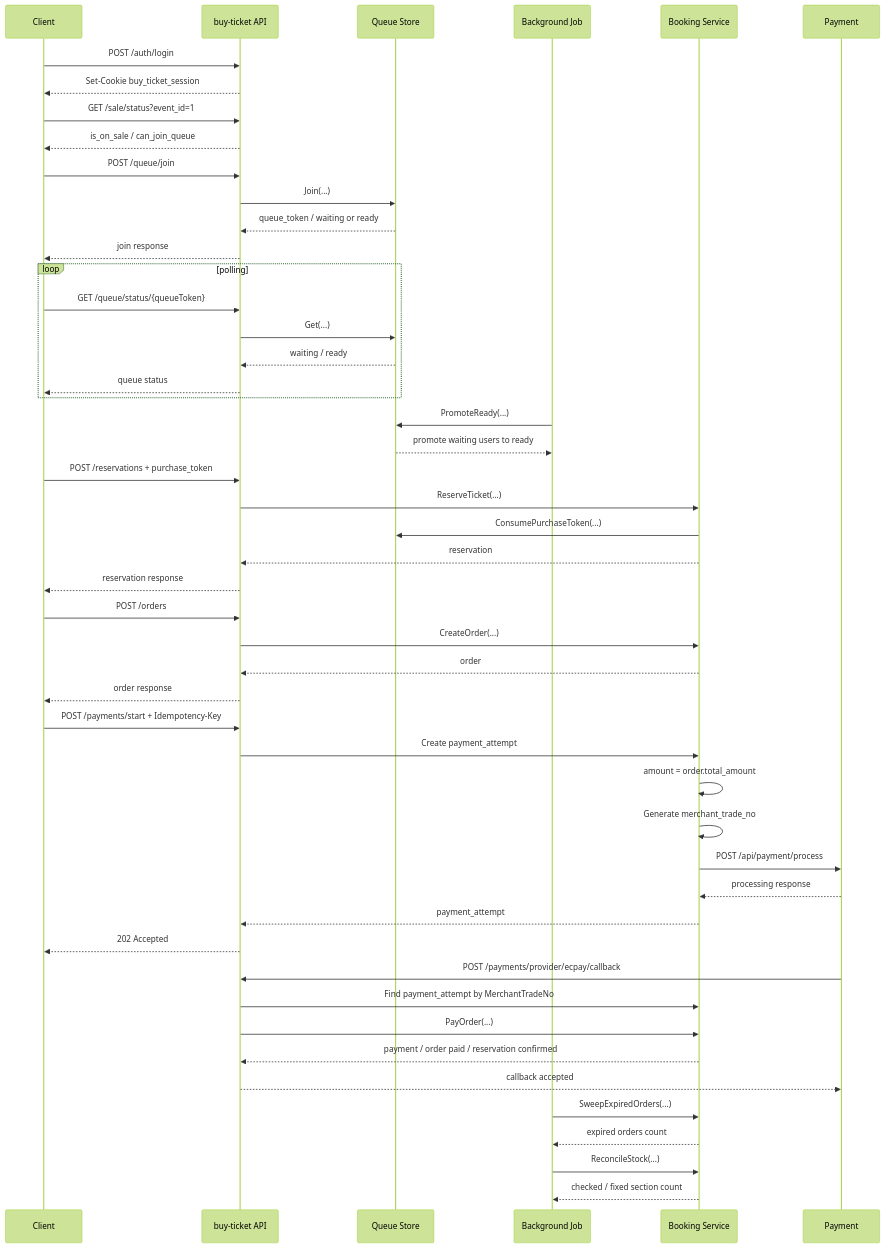
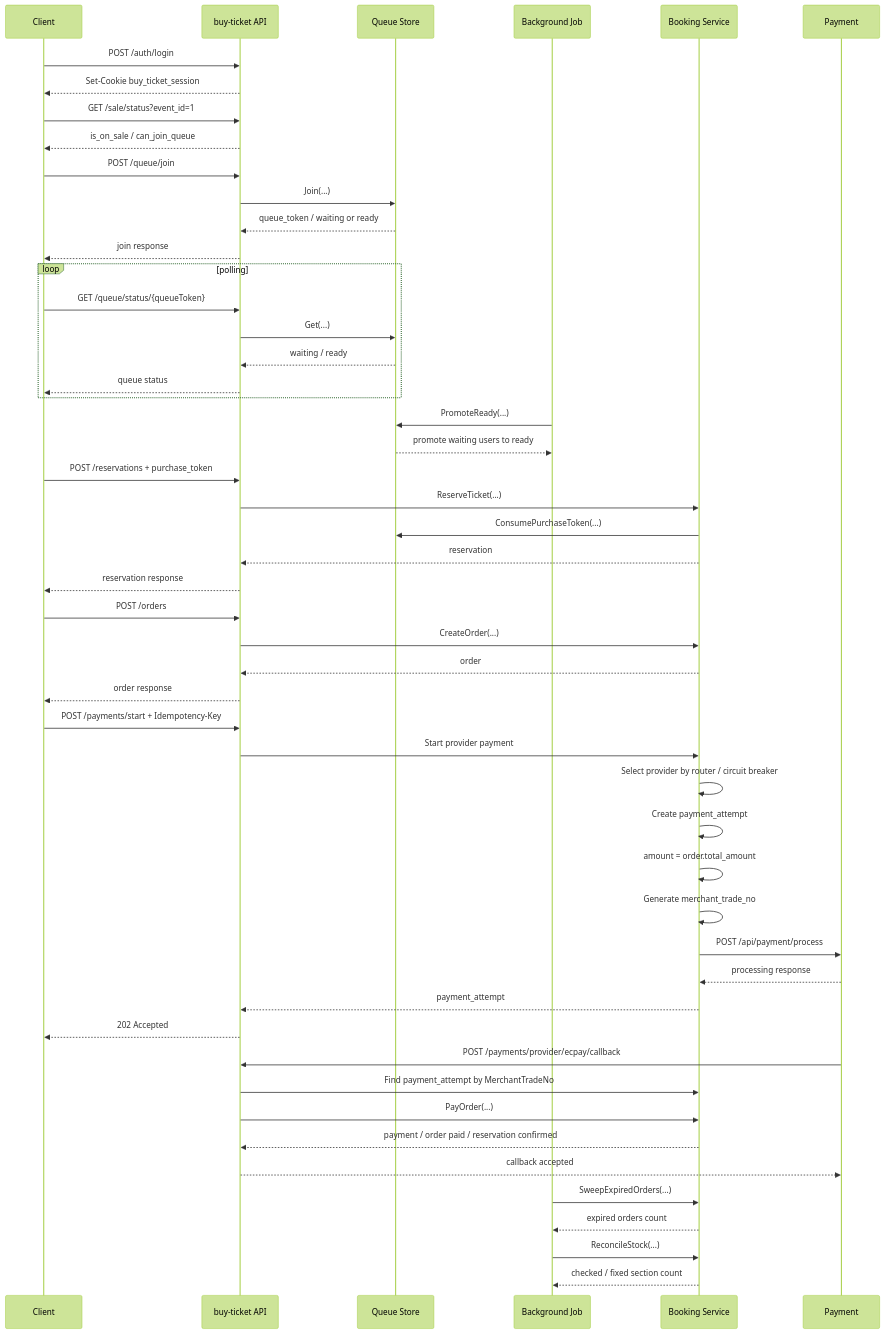
One commit to austin72905/buy-ticket changed the second of 2 diagrams in doc/api-flow.md. Above: the diagram before and after it, drawn with Mermaid (forest theme). The commit also changed other lines of this file and 17 other files, not shown here.

Commit message:
feat(): 支付失敗下次新 attempt 才切 backup provider

````diff
--- a/doc/api-flow.md
+++ b/doc/api-flow.md
@@ -66,61 +72,63 @@
 ```mermaid
 sequenceDiagram
     participant Client as Client
     participant API as buy-ticket API
     participant Queue as Queue Store
     participant Job as Background Job
     participant Booking as Booking Service
 
     Client->>API: POST /auth/login
     API-->>Client: Set-Cookie buy_ticket_session
 
     Client->>API: GET /sale/status?event_id=1
     API-->>Client: is_on_sale / can_join_queue
 
     Client->>API: POST /queue/join
     API->>Queue: Join(...)
     Queue-->>API: queue_token / waiting or ready
     API-->>Client: join response
 
     loop polling
         Client->>API: GET /queue/status/{queueToken}
         API->>Queue: Get(...)
         Queue-->>API: waiting / ready
         API-->>Client: queue status
     end
 
     Job->>Queue: PromoteReady(...)
     Queue-->>Job: promote waiting users to ready
 
     Client->>API: POST /reservations + purchase_token
     API->>Booking: ReserveTicket(...)
     Booking->>Queue: ConsumePurchaseToken(...)
     Booking-->>API: reservation
     API-->>Client: reservation response
 
     Client->>API: POST /orders
     API->>Booking: CreateOrder(...)
     Booking-->>API: order
     API-->>Client: order response
 
     Client->>API: POST /payments/start + Idempotency-Key
-    API->>Booking: Create payment_attempt
+    API->>Booking: Start provider payment
+    Booking->>Booking: Select provider by router / circuit breaker
+    Booking->>Booking: Create payment_attempt
     Booking->>Booking: amount = order.total_amount
     Booking->>Booking: Generate merchant_trade_no
     Booking->>Payment: POST /api/payment/process
     Payment-->>Booking: processing response
     Booking-->>API: payment_attempt
     API-->>Client: 202 Accepted
 
     Payment->>API: POST /payments/provider/ecpay/callback
     API->>Booking: Find payment_attempt by MerchantTradeNo
     API->>Booking: PayOrder(...)
     Booking-->>API: payment / order paid / reservation confirmed
     API-->>Payment: callback accepted
 
     Job->>Booking: SweepExpiredOrders(...)
     Booking-->>Job: expired orders count
 
     Job->>Booking: ReconcileStock(...)
     Booking-->>Job: checked / fixed section count
 ```
````
